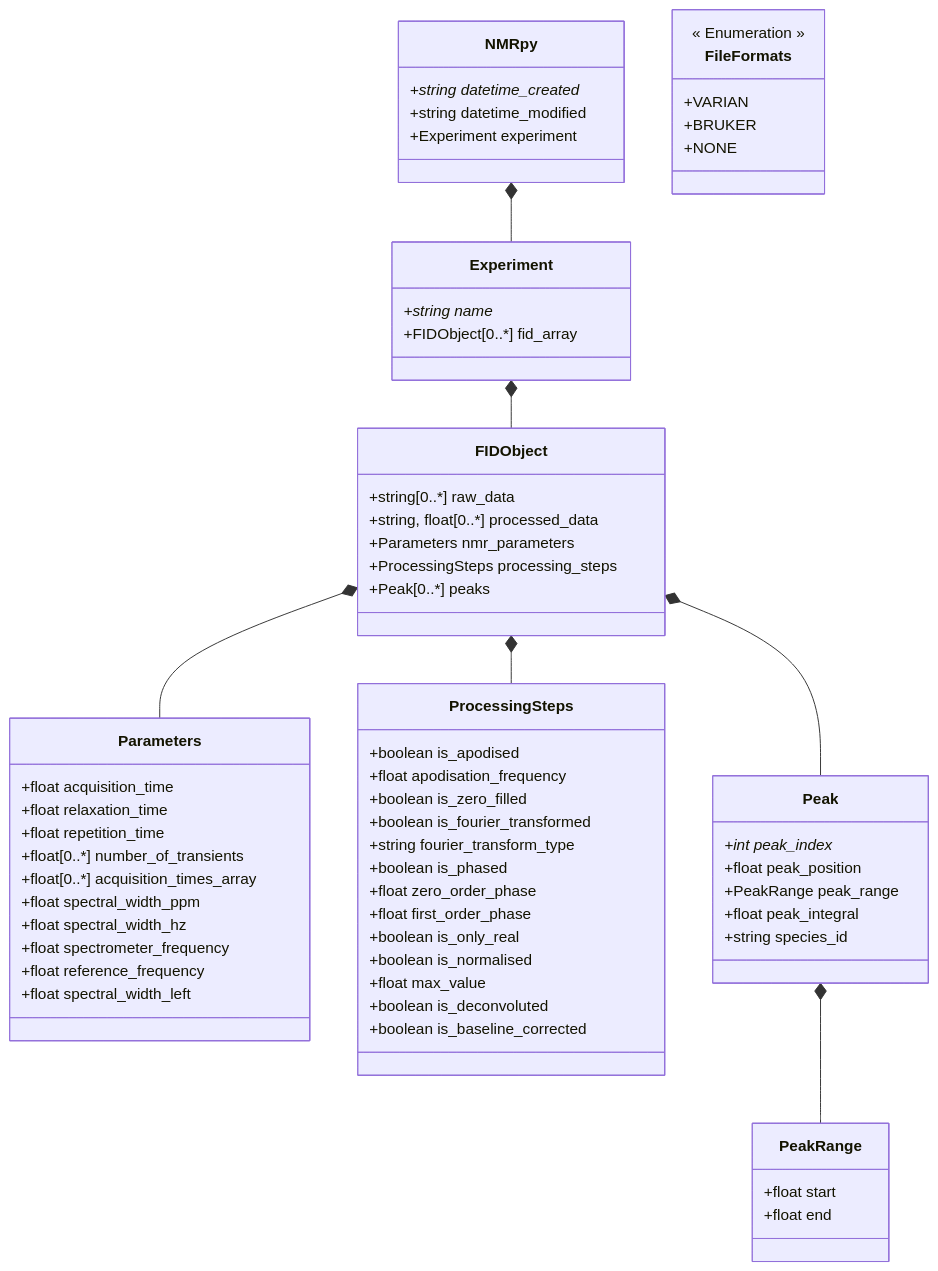
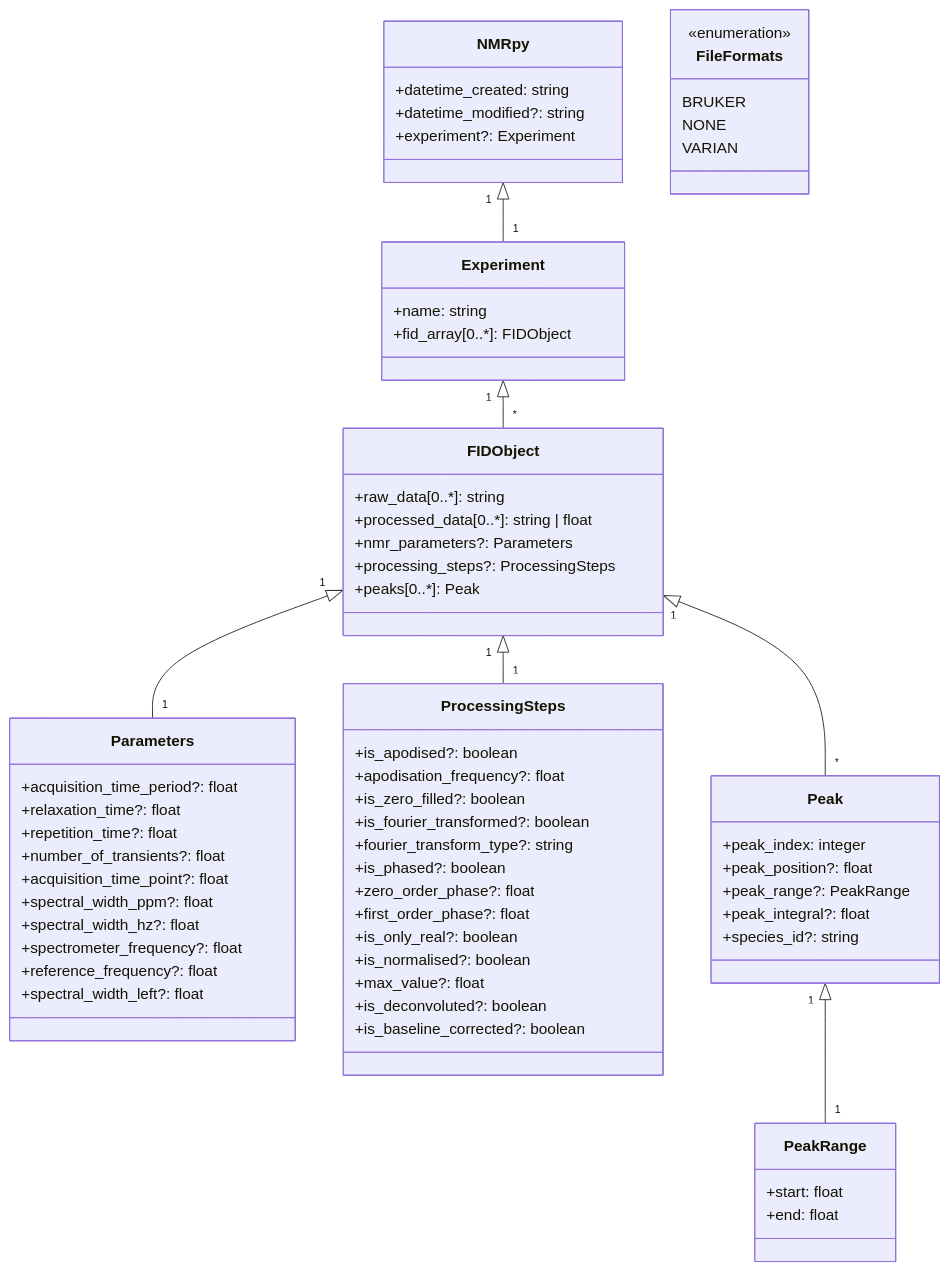
Before and after one commit to NMRPy/nmrpy: the diagram in specifications/datamodel_schema.md, drawn with Mermaid. The commit also changed 4 other files, not shown here.

Commit message:
Add proper single NMR in array edge case handling

````diff
--- a/specifications/datamodel_schema.md
+++ b/specifications/datamodel_schema.md
@@ -1,78 +1,80 @@
 ```mermaid
 classDiagram
-    NMRpy *-- Experiment
-    Experiment *-- FIDObject
-    FIDObject *-- Parameters
-    FIDObject *-- ProcessingSteps
-    FIDObject *-- Peak
-    Peak *-- PeakRange
+    %% Class definitions with attributes
+    class NMRpy {
+        +datetime_created: string
+        +datetime_modified?: string
+        +experiment?: Experiment
+    }
 
-    class NMRpy {
-        +string datetime_created*
-        +string datetime_modified
-        +Experiment experiment
+    class Experiment {
+        +name: string
+        +fid_array[0..*]: FIDObject
     }
-    
-    class Experiment {
-        +string name*
-        +FIDObject[0..*] fid_array
+
+    class FIDObject {
+        +raw_data[0..*]: string
+        +processed_data[0..*]: string | float
+        +nmr_parameters?: Parameters
+        +processing_steps?: ProcessingSteps
+        +peaks[0..*]: Peak
     }
-    
-    class FIDObject {
-        +string[0..*] raw_data
-        +string, float[0..*] processed_data
-        +Parameters nmr_parameters
-        +ProcessingSteps processing_steps
-        +Peak[0..*] peaks
+
+    class Parameters {
+        +acquisition_time_period?: float
+        +relaxation_time?: float
+        +repetition_time?: float
+        +number_of_transients?: float
+        +acquisition_time_point?: float
+        +spectral_width_ppm?: float
+        +spectral_width_hz?: float
+        +spectrometer_frequency?: float
+        +reference_frequency?: float
+        +spectral_width_left?: float
     }
-    
-    class Parameters {
-        +float acquisition_time
-        +float relaxation_time
-        +float repetition_time
-        +float[0..*] number_of_transients
-        +float[0..*] acquisition_times_array
-        +float spectral_width_ppm
-        +float spectral_width_hz
-        +float spectrometer_frequency
-        +float reference_frequency
-        +float spectral_width_left
+
+    class ProcessingSteps {
+        +is_apodised?: boolean
+        +apodisation_frequency?: float
+        +is_zero_filled?: boolean
+        +is_fourier_transformed?: boolean
+        +fourier_transform_type?: string
+        +is_phased?: boolean
+        +zero_order_phase?: float
+        +first_order_phase?: float
+        +is_only_real?: boolean
+        +is_normalised?: boolean
+        +max_value?: float
+        +is_deconvoluted?: boolean
+        +is_baseline_corrected?: boolean
     }
-    
-    class ProcessingSteps {
-        +boolean is_apodised
-        +float apodisation_frequency
-        +boolean is_zero_filled
-        +boolean is_fourier_transformed
-        +string fourier_transform_type
-        +boolean is_phased
-        +float zero_order_phase
-        +float first_order_phase
-        +boolean is_only_real
-        +boolean is_normalised
-        +float max_value
-        +boolean is_deconvoluted
-        +boolean is_baseline_corrected
-    }
-    
+
     class Peak {
-        +int peak_index*
-        +float peak_position
-        +PeakRange peak_range
-        +float peak_integral
-        +string species_id
+        +peak_index: integer
+        +peak_position?: float
+        +peak_range?: PeakRange
+        +peak_integral?: float
+        +species_id?: string
     }
 
     class PeakRange {
-        +float start
-        +float end
+        +start: float
+        +end: float
     }
-    
+
+    %% Enum definitions
     class FileFormats {
-        << Enumeration >>
-        +VARIAN
-        +BRUKER
-        +NONE
+        <<enumeration>>
+        BRUKER
+        NONE
+        VARIAN
     }
-    
+
+    %% Relationships
+    NMRpy "1" <|-- "1" Experiment
+    Experiment "1" <|-- "*" FIDObject
+    FIDObject "1" <|-- "1" Parameters
+    FIDObject "1" <|-- "1" ProcessingSteps
+    FIDObject "1" <|-- "*" Peak
+    Peak "1" <|-- "1" PeakRange
 ```
````
